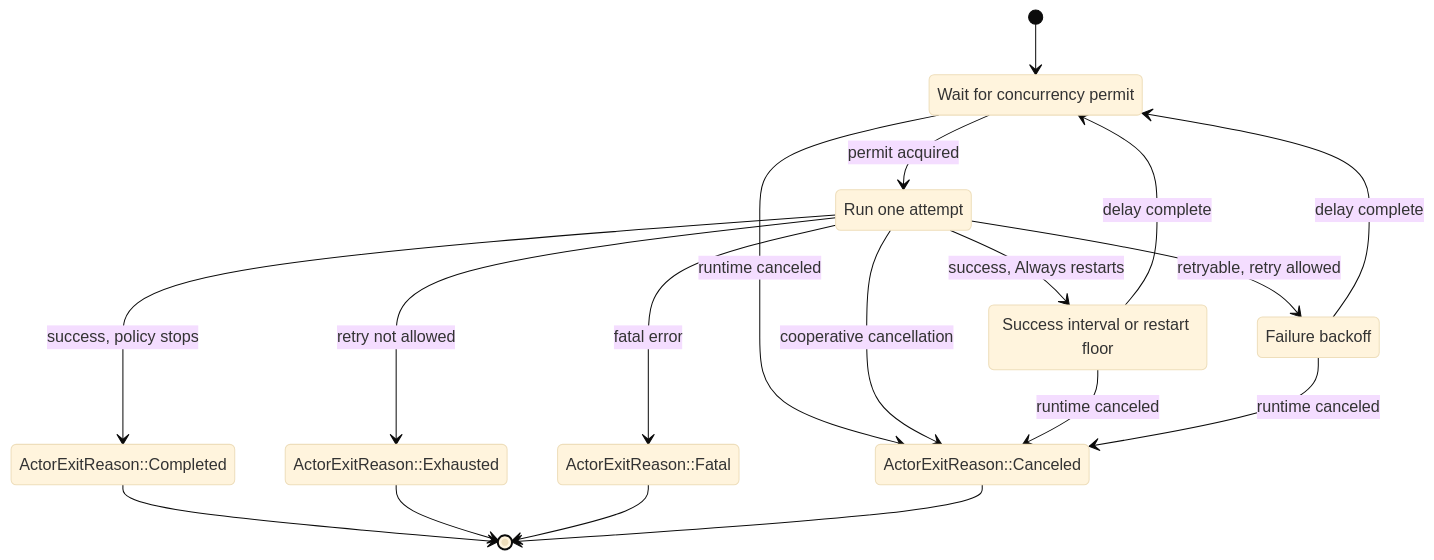
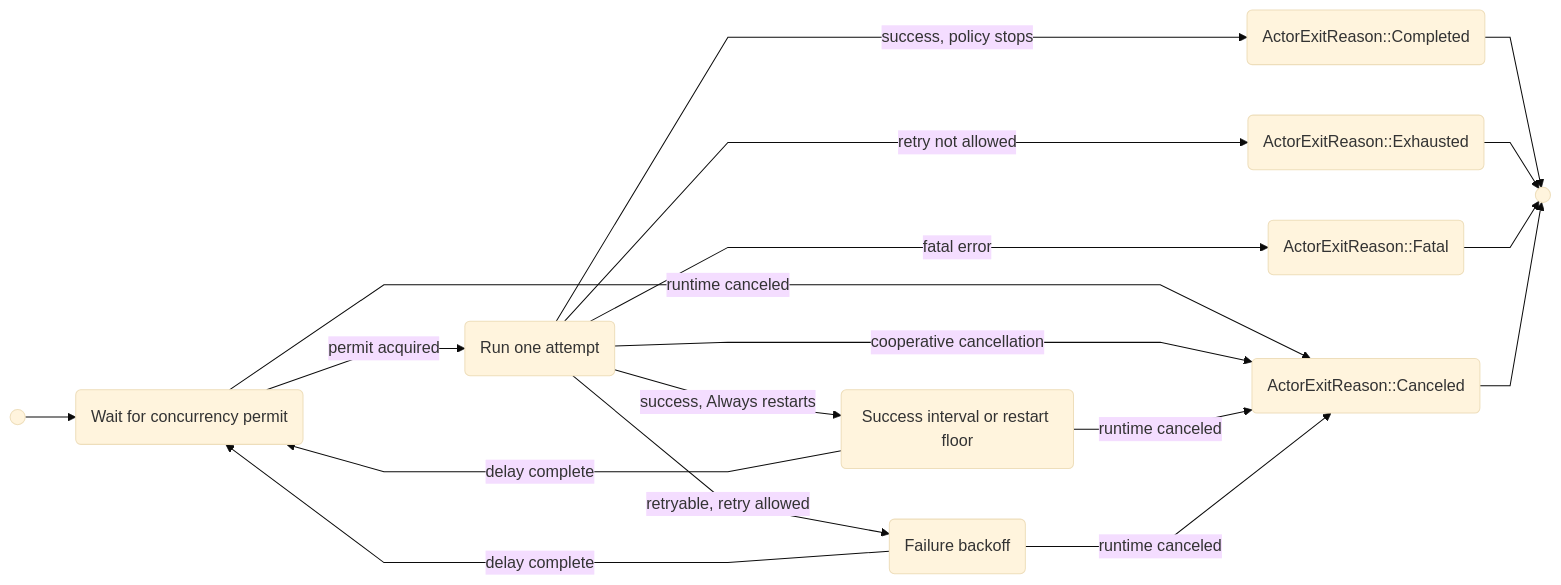
One commit to soltiHQ/taskvisor changed the third of 7 diagrams in src/ARCHITECTURE.md. Above: the diagram before and after it, drawn with Mermaid (base theme). The commit also changed other lines of this file and 14 other files, not shown here.

````diff
--- a/src/ARCHITECTURE.md
+++ b/src/ARCHITECTURE.md
@@ -115,32 +120,35 @@
 ```mermaid
-stateDiagram-v2
-    state "Wait for concurrency permit" as Permit
-    state "Run one attempt" as Attempt
-    state "Success interval or restart floor" as SuccessDelay
-    state "Failure backoff" as FailureDelay
-    state "ActorExitReason::Completed" as Completed
-    state "ActorExitReason::Exhausted" as Exhausted
-    state "ActorExitReason::Fatal" as Fatal
-    state "ActorExitReason::Canceled" as Canceled
+%%{init: {"flowchart": {"curve": "linear"}}}%%
+flowchart LR
+    Start(( ))
+    Permit("Wait for concurrency permit")
+    Attempt("Run one attempt")
+    SuccessDelay("Success interval or restart floor")
+    FailureDelay("Failure backoff")
+    Completed("ActorExitReason::Completed")
+    Exhausted("ActorExitReason::Exhausted")
+    Fatal("ActorExitReason::Fatal")
+    Canceled("ActorExitReason::Canceled")
+    End(( ))
 
-    [*] --> Permit
-    Permit --> Attempt: permit acquired
-    Permit --> Canceled: runtime canceled
+    Start --> Permit
+    Permit -->|permit acquired| Attempt
+    Permit -->|runtime canceled| Canceled
 
-    Attempt --> Completed: success, policy stops
-    Attempt --> SuccessDelay: success, Always restarts
-    Attempt --> FailureDelay: retryable, retry allowed
-    Attempt --> Exhausted: retry not allowed
-    Attempt --> Fatal: fatal error
-    Attempt --> Canceled: cooperative cancellation
+    Attempt -->|success, policy stops| Completed
+    Attempt -->|success, Always restarts| SuccessDelay
+    Attempt -->|retryable, retry allowed| FailureDelay
+    Attempt -->|retry not allowed| Exhausted
+    Attempt -->|fatal error| Fatal
+    Attempt -->|cooperative cancellation| Canceled
 
-    SuccessDelay --> Permit: delay complete
-    SuccessDelay --> Canceled: runtime canceled
-    FailureDelay --> Permit: delay complete
-    FailureDelay --> Canceled: runtime canceled
+    SuccessDelay -->|delay complete| Permit
+    SuccessDelay -->|runtime canceled| Canceled
+    FailureDelay -->|delay complete| Permit
+    FailureDelay -->|runtime canceled| Canceled
 
-    Completed --> [*]
-    Exhausted --> [*]
-    Fatal --> [*]
-    Canceled --> [*]
+    Completed --> End
+    Exhausted --> End
+    Fatal --> End
+    Canceled --> End
 ```
````
